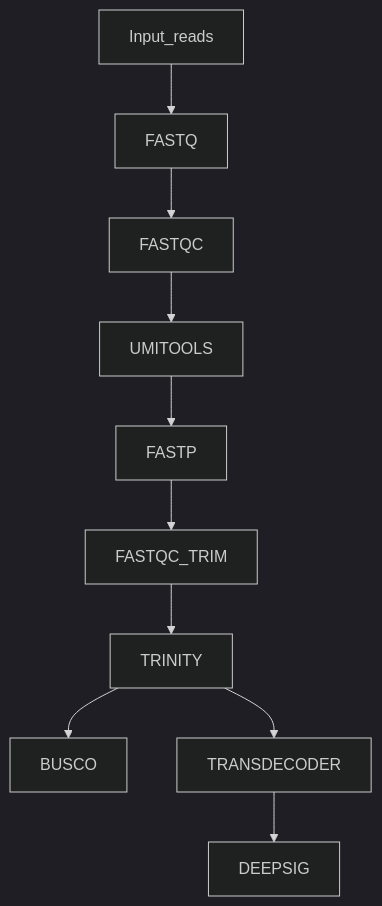
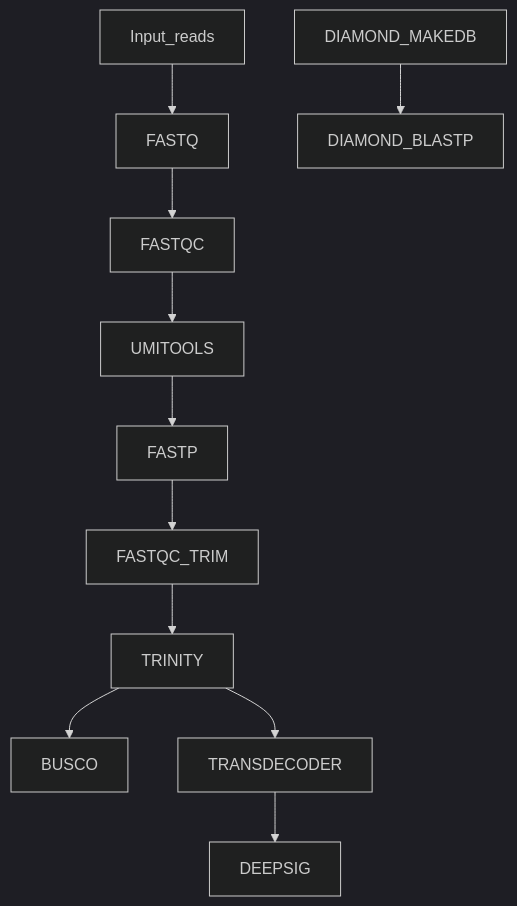
One commit to EPegueroS/transcriptassembler changed the diagram in README.md. Above: the diagram before and after it, drawn with Mermaid (dark theme). The commit also changed other lines of this file, not shown here.

Commit message:
fixed diagram

````diff
--- a/README.md
+++ b/README.md
@@ -22,12 +22,13 @@
 ```mermaid
 graph TD;
     Input_reads-->FASTQ;
     FASTQ-->FASTQC;
     FASTQC-->UMITOOLS;
     UMITOOLS-->FASTP;
     FASTP-->FASTQC_TRIM;
     FASTQC_TRIM-->TRINITY;
     TRINITY-->BUSCO;
     TRINITY-->TRANSDECODER;
     TRANSDECODER-->DEEPSIG;
+    DIAMOND_MAKEDB -->DIAMOND_BLASTP
 ```
````
